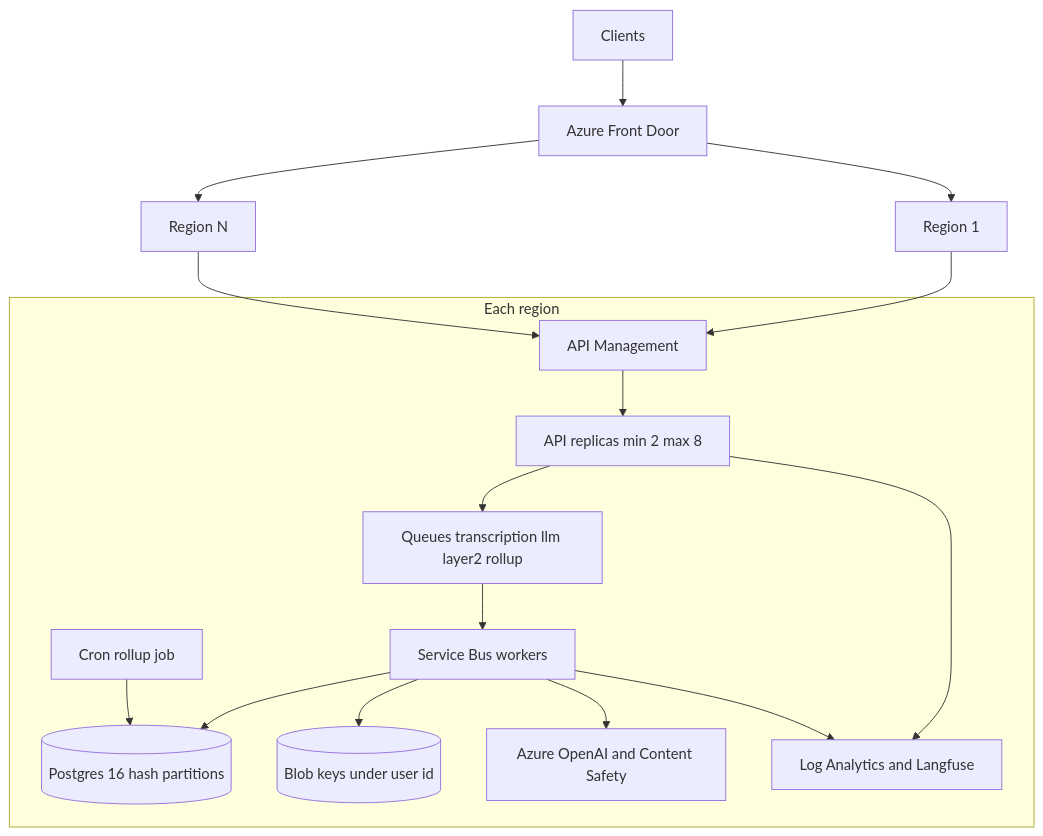
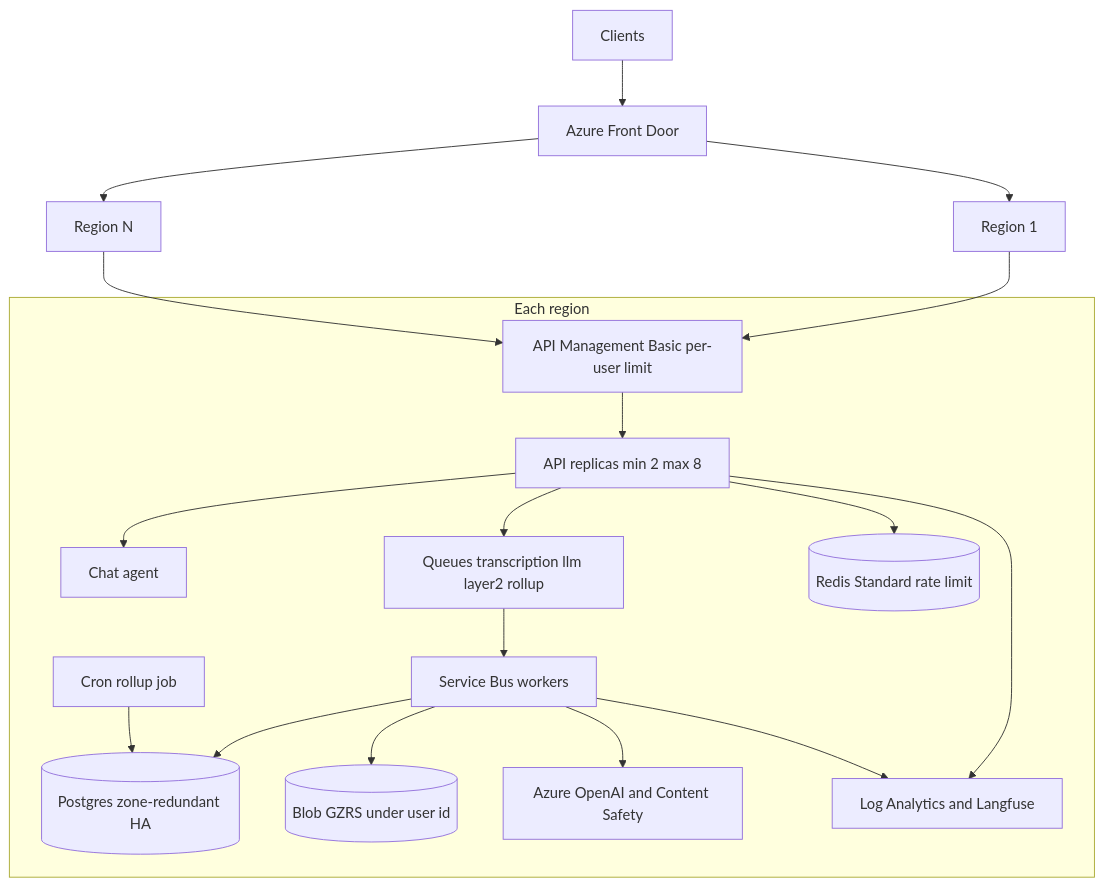
One commit to highprincezero/wn-voice-analytics changed the diagram in docs/diagrams/scaling-topology.mmd. Above: the diagram before and after it, drawn with Mermaid. The commit also changed 36 other files, not shown here.

First line of the commit message:
Add assistant chat, per-user limits, and zone redundancy

```diff
--- a/docs/diagrams/scaling-topology.mmd
+++ b/docs/diagrams/scaling-topology.mmd
@@ -1,28 +1,32 @@
 flowchart TB
   users[Clients] --> fd[Azure Front Door]
   fd --> r1[Region 1]
   fd --> rn[Region N]
 
   subgraph regionBox [Each region]
-    apim[API Management]
+    apim[API Management Basic per-user limit]
     api[API replicas min 2 max 8]
+    chat[Chat agent]
     queues[Queues transcription llm layer2 rollup]
     workers[Service Bus workers]
     rollup[Cron rollup job]
-    db[(Postgres 16 hash partitions)]
-    blob[(Blob keys under user id)]
+    db[(Postgres zone-redundant HA)]
+    blob[(Blob GZRS under user id)]
+    cache[(Redis Standard rate limit)]
     oai[Azure OpenAI and Content Safety]
     obs[Log Analytics and Langfuse]
   end
 
   r1 --> apim
   rn --> apim
   apim --> api
+  api --> chat
+  api --> cache
   api --> queues
   queues --> workers
   workers --> db
   workers --> blob
   workers --> oai
   rollup --> db
   api --> obs
   workers --> obs
```
